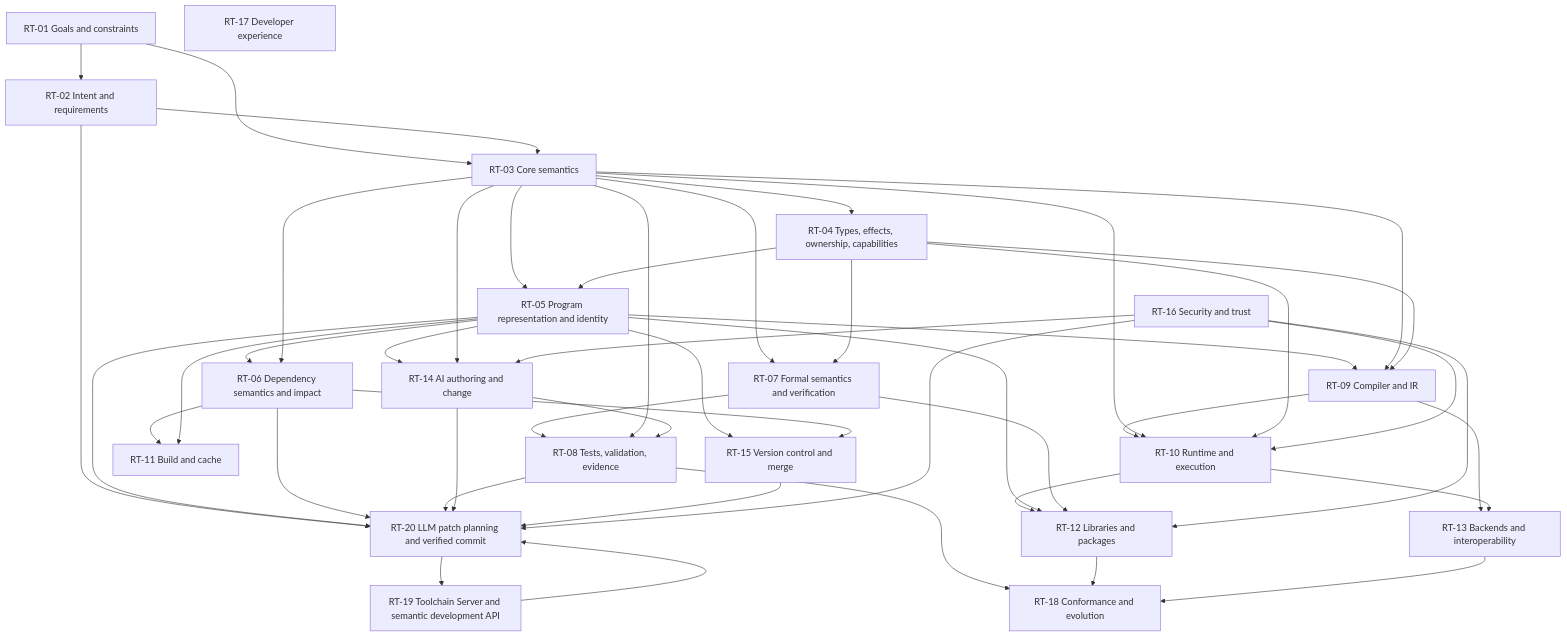
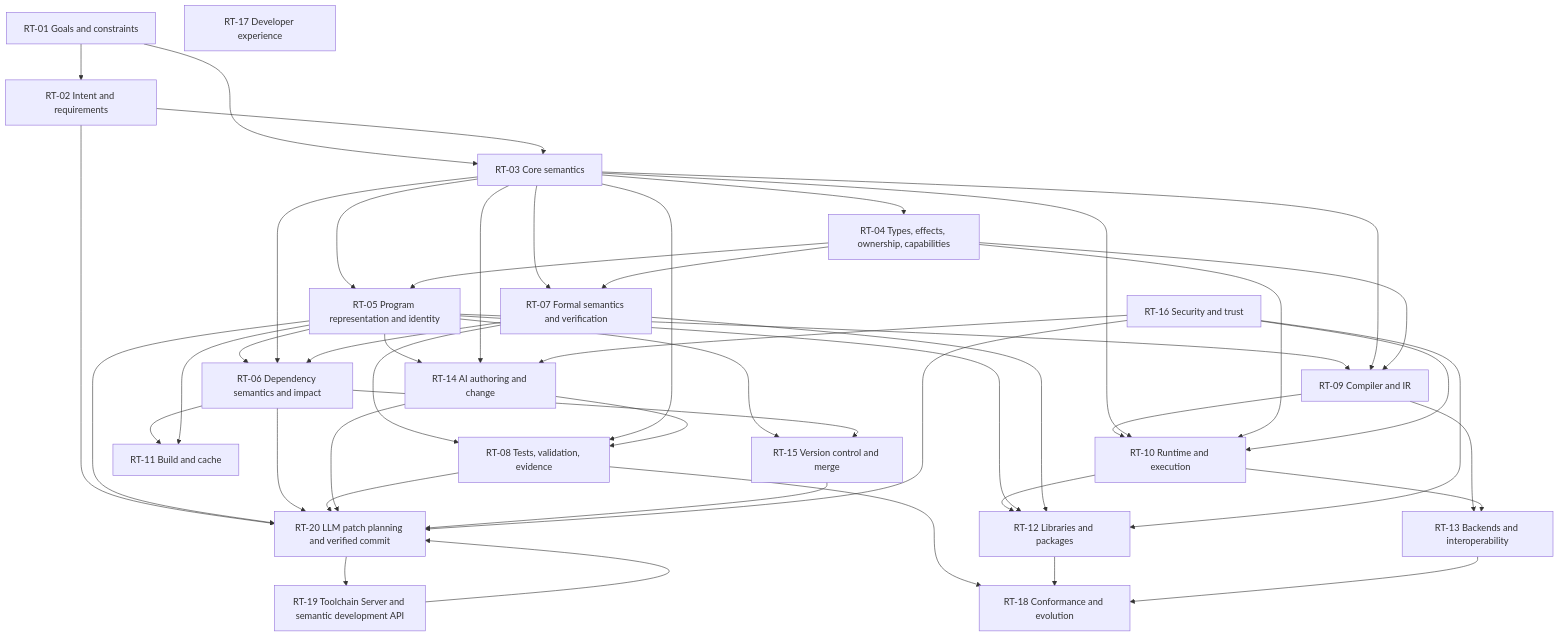
One commit to aivibeflow/LLMLang changed the diagram in research/RESEARCH-DEPENDENCY-MAP.md. Above: the diagram before and after it, drawn with Mermaid. The commit also changed other lines of this file and 12 other files, not shown here.

```diff
--- a/research/RESEARCH-DEPENDENCY-MAP.md
+++ b/research/RESEARCH-DEPENDENCY-MAP.md
@@ -31,69 +31,70 @@
 ~~~mermaid
 flowchart TD
   G[RT-01 Goals and constraints]
   I[RT-02 Intent and requirements]
   S[RT-03 Core semantics]
   T[RT-04 Types, effects, ownership, capabilities]
   P[RT-05 Program representation and identity]
   D[RT-06 Dependency semantics and impact]
   F[RT-07 Formal semantics and verification]
   E[RT-08 Tests, validation, evidence]
   C[RT-09 Compiler and IR]
   R[RT-10 Runtime and execution]
   B[RT-11 Build and cache]
   L[RT-12 Libraries and packages]
   X[RT-13 Backends and interoperability]
   A[RT-14 AI authoring and change]
   V[RT-15 Version control and merge]
   Q[RT-16 Security and trust]
   UX[RT-17 Developer experience]
   EV[RT-18 Conformance and evolution]
   TS[RT-19 Toolchain Server and semantic development API]
   CP[RT-20 LLM patch planning and verified commit]
 
   G --> I
   G --> S
   I --> S
   S --> T
   S --> P
   T --> P
   S --> F
   T --> F
   P --> D
   S --> D
   D --> B
   P --> B
   F --> E
+  F --> D
   S --> E
   P --> C
   S --> C
   T --> C
   C --> R
   S --> R
   T --> R
   R --> L
   P --> L
   F --> L
   C --> X
   R --> X
   P --> V
   D --> V
   A --> E
   P --> A
   S --> A
   Q --> A
   I --> CP
   P --> CP
   D --> CP
   E --> CP
   A --> CP
   V --> CP
   Q --> CP
   TS --> CP
   CP --> TS
   Q --> R
   Q --> L
   E --> EV
   L --> EV
   X --> EV
 ~~~
```
